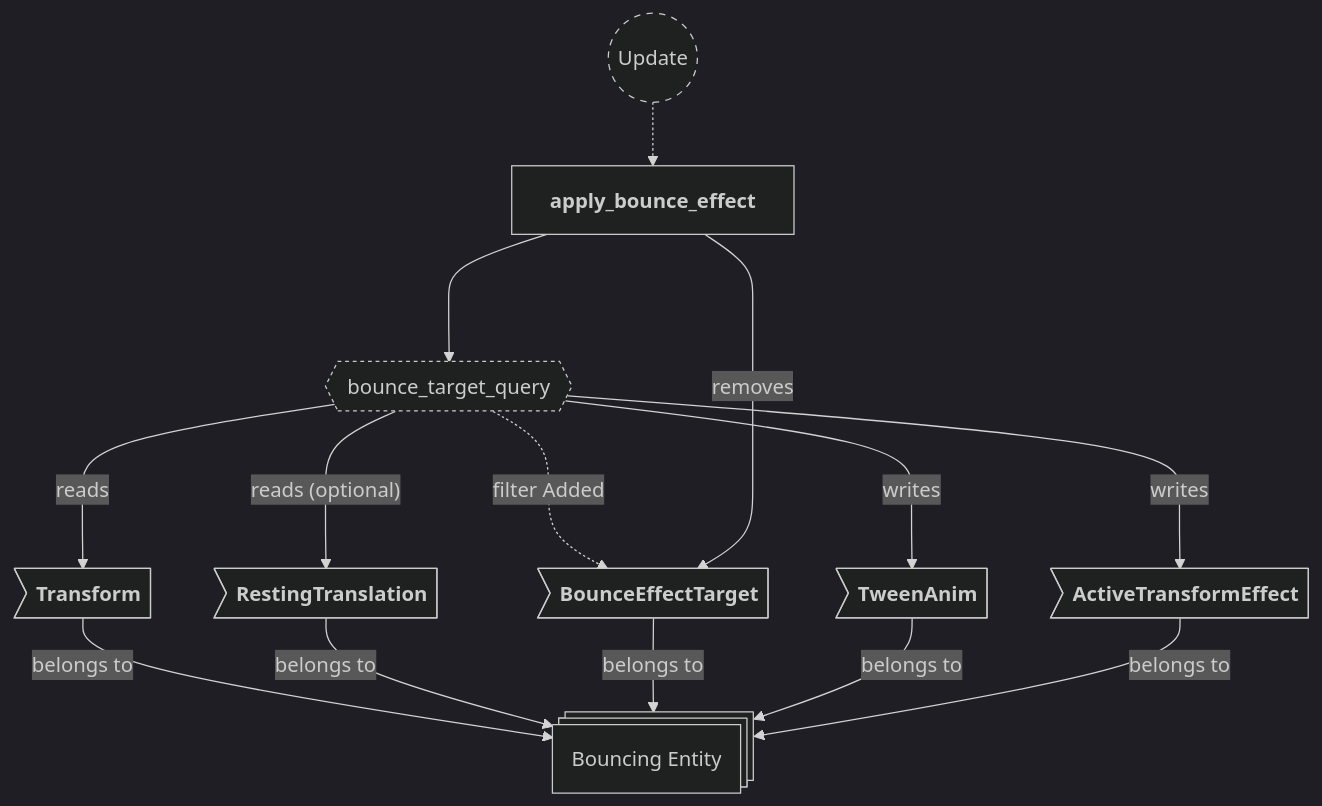
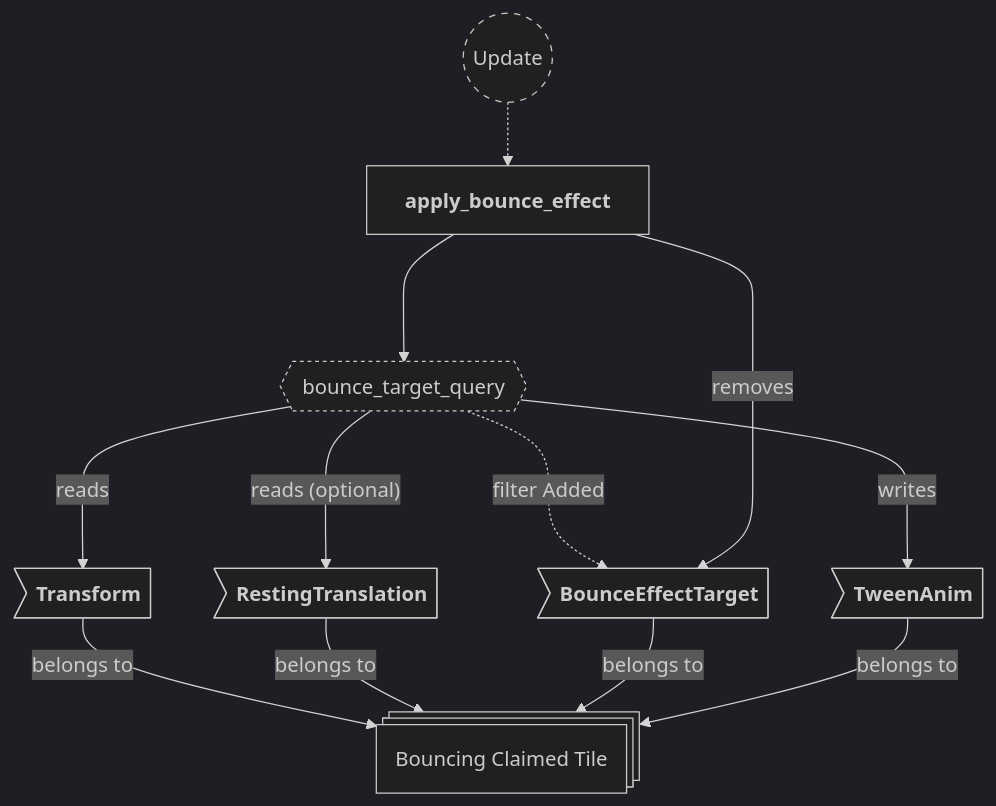
The ninth of 25 diagrams in backlog/docs/doc-10 - 008-Effects-plugin.md (neurosoup/tyled), drawn with Mermaid before and after one commit. The commit also changed other lines of this file and 10 other files, not shown here.

````diff
--- a/backlog/docs/doc-10 - 008-Effects-plugin.md
+++ b/backlog/docs/doc-10 - 008-Effects-plugin.md
@@ -526,33 +505,31 @@
 ```mermaid
 ---
 config:
   theme: dark
 ---
 
 flowchart TD
 classDef system-group stroke-dasharray: 5 5
 classDef query stroke-dasharray: 3 3
 
 update(("`Update`")):::system-group
 apply_bounce_effect["`**apply_bounce_effect**`"]
 
 update -.-> apply_bounce_effect
 
 bounce_target_query{{"`bounce_target_query`"}}:::query
 apply_bounce_effect ---> bounce_target_query
 
-bounce_entity@{ shape: st-rect, label: "Bouncing Entity" }
+bounce_entity@{ shape: st-rect, label: "Bouncing Claimed Tile" }
 
 be_transform>"`**Transform**`"] --> |belongs to| bounce_entity
 be_resting>"`**RestingTranslation**`"] --> |belongs to| bounce_entity
 be_target>"`**BounceEffectTarget**`"] --> |belongs to| bounce_entity
 be_tween>"`**TweenAnim**`"] --> |belongs to| bounce_entity
-be_active>"`**ActiveTransformEffect**`"] --> |belongs to| bounce_entity
 
 bounce_target_query ---> |reads| be_transform
 bounce_target_query ---> |"reads (optional)"| be_resting
 bounce_target_query -..-> |filter Added| be_target
 bounce_target_query ---> |writes| be_tween
-bounce_target_query ---> |writes| be_active
 apply_bounce_effect ---> |removes| be_target
 ```
````
